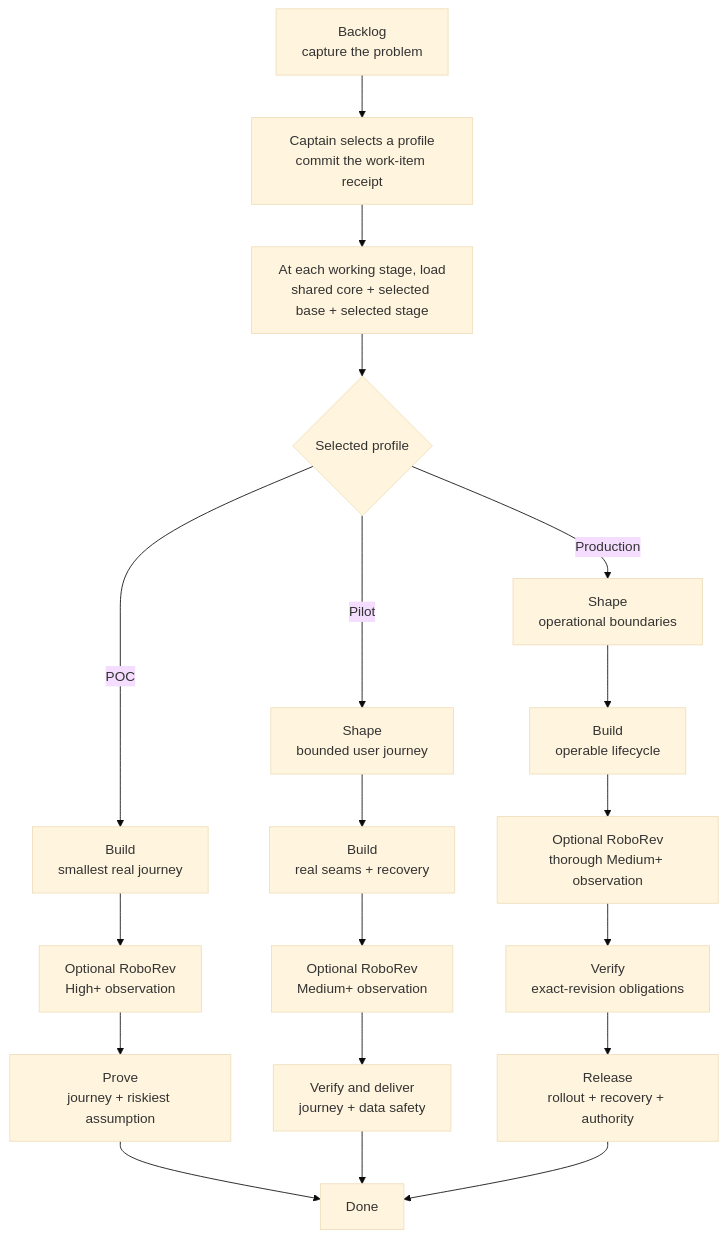
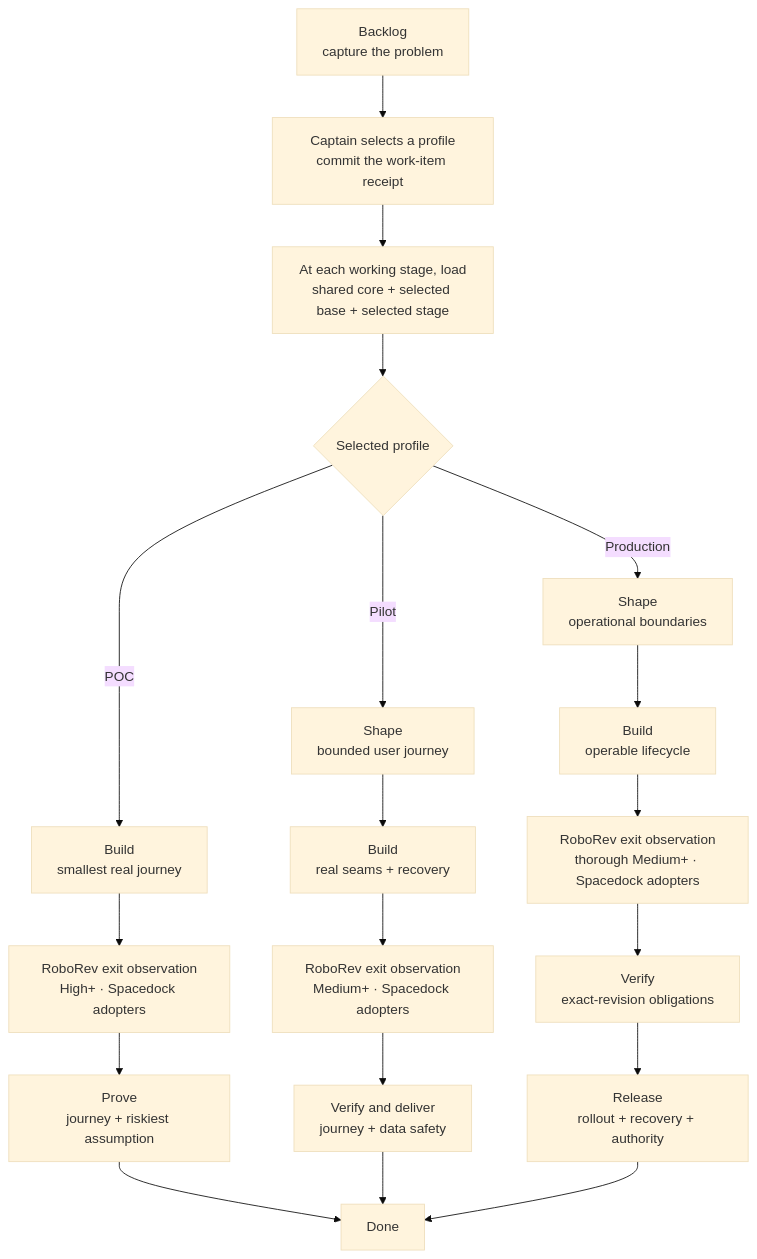
Before and after one commit to iamcxa/kc-claude-plugins: the diagram in kc-dev-flow/README.md, drawn with Mermaid (base theme). The commit also changed other lines of this file, not shown here.

First line of the commit message:
docs(kc-dev-flow): trim the README to current behavior

````diff
--- a/kc-dev-flow/README.md
+++ b/kc-dev-flow/README.md
@@ -24,24 +17,24 @@
 ```mermaid
 flowchart TB
     A["Backlog<br/>capture the problem"] --> B["Captain selects a profile<br/>commit the work-item receipt"]
     B --> L["At each working stage, load<br/>shared core + selected base + selected stage"]
     L --> C{Selected profile}
 
     C -->|POC| P1["Build<br/>smallest real journey"]
-    P1 --> P2["Optional RoboRev<br/>High+ observation"]
+    P1 --> P2["RoboRev exit observation<br/>High+ · Spacedock adopters"]
     P2 --> P3["Prove<br/>journey + riskiest assumption"]
     P3 --> D[Done]
 
     C -->|Pilot| T1["Shape<br/>bounded user journey"]
     T1 --> T2["Build<br/>real seams + recovery"]
-    T2 --> T3["Optional RoboRev<br/>Medium+ observation"]
+    T2 --> T3["RoboRev exit observation<br/>Medium+ · Spacedock adopters"]
     T3 --> T4["Verify and deliver<br/>journey + data safety"]
     T4 --> D
 
     C -->|Production| R1["Shape<br/>operational boundaries"]
     R1 --> R2["Build<br/>operable lifecycle"]
-    R2 --> R3["Optional RoboRev<br/>thorough Medium+ observation"]
+    R2 --> R3["RoboRev exit observation<br/>thorough Medium+ · Spacedock adopters"]
     R3 --> R4["Verify<br/>exact-revision obligations"]
     R4 --> R5["Release<br/>rollout + recovery + authority"]
     R5 --> D
 ```
````
